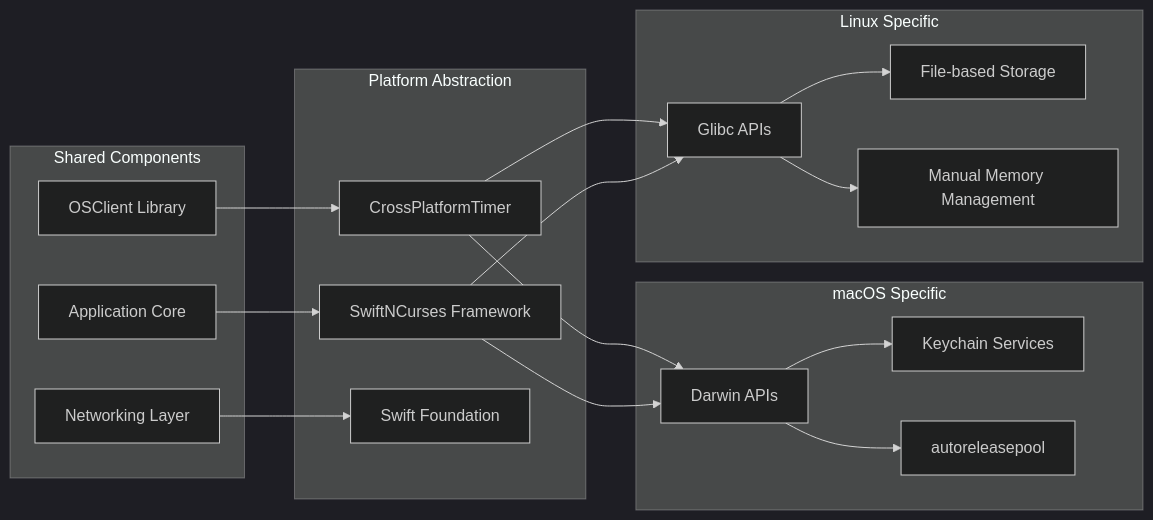
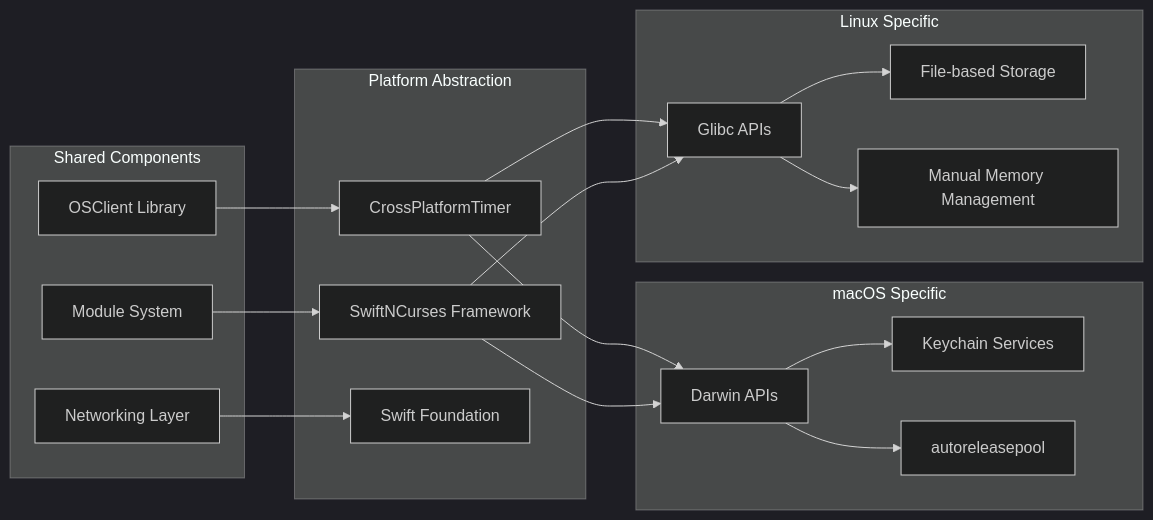
The fifth of 8 diagrams in docs/architecture/overview.md (bluejayA/substation), drawn with Mermaid (dark theme) before and after one commit. The commit also changed other lines of this file and 51 other files, not shown here.

````diff
--- a/docs/architecture/overview.md
+++ b/docs/architecture/overview.md
@@ -202,40 +412,40 @@
 ```mermaid
 graph LR
     subgraph "Platform Abstraction"
         CrossPlatform[CrossPlatformTimer]
         SwiftNCurses[SwiftNCurses Framework]
         Foundation[Swift Foundation]
     end
 
     subgraph "macOS Specific"
         Darwin[Darwin APIs]
         Keychain[Keychain Services]
         AutoRelease[autoreleasepool]
     end
 
     subgraph "Linux Specific"
         Glibc[Glibc APIs]
         FileSystem[File-based Storage]
         Manual[Manual Memory Management]
     end
 
     subgraph "Shared Components"
         OSClient[OSClient Library]
-        Core[Application Core]
+        Core[Module System]
         Network[Networking Layer]
     end
 
     CrossPlatform --> Darwin
     CrossPlatform --> Glibc
     SwiftNCurses --> Darwin
     SwiftNCurses --> Glibc
 
     OSClient --> CrossPlatform
     Core --> SwiftNCurses
     Network --> Foundation
 
     Darwin --> Keychain
     Darwin --> AutoRelease
     Glibc --> FileSystem
     Glibc --> Manual
 ```
````
